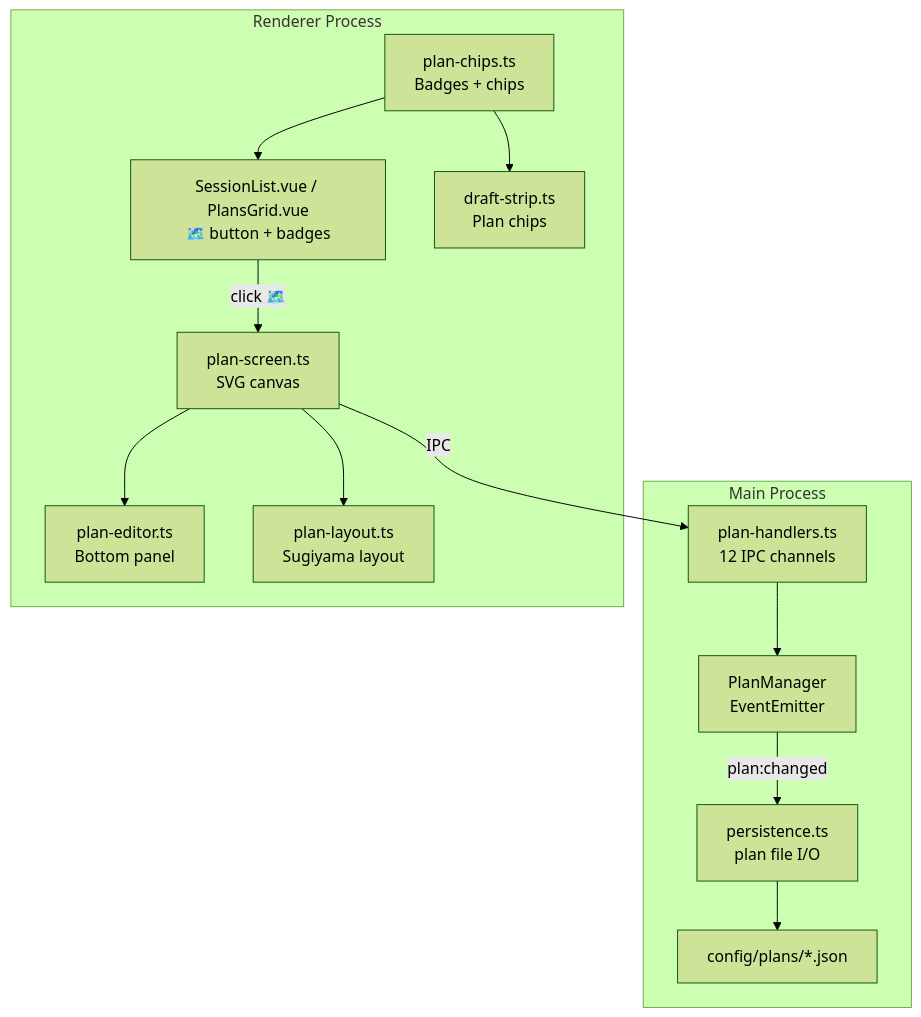
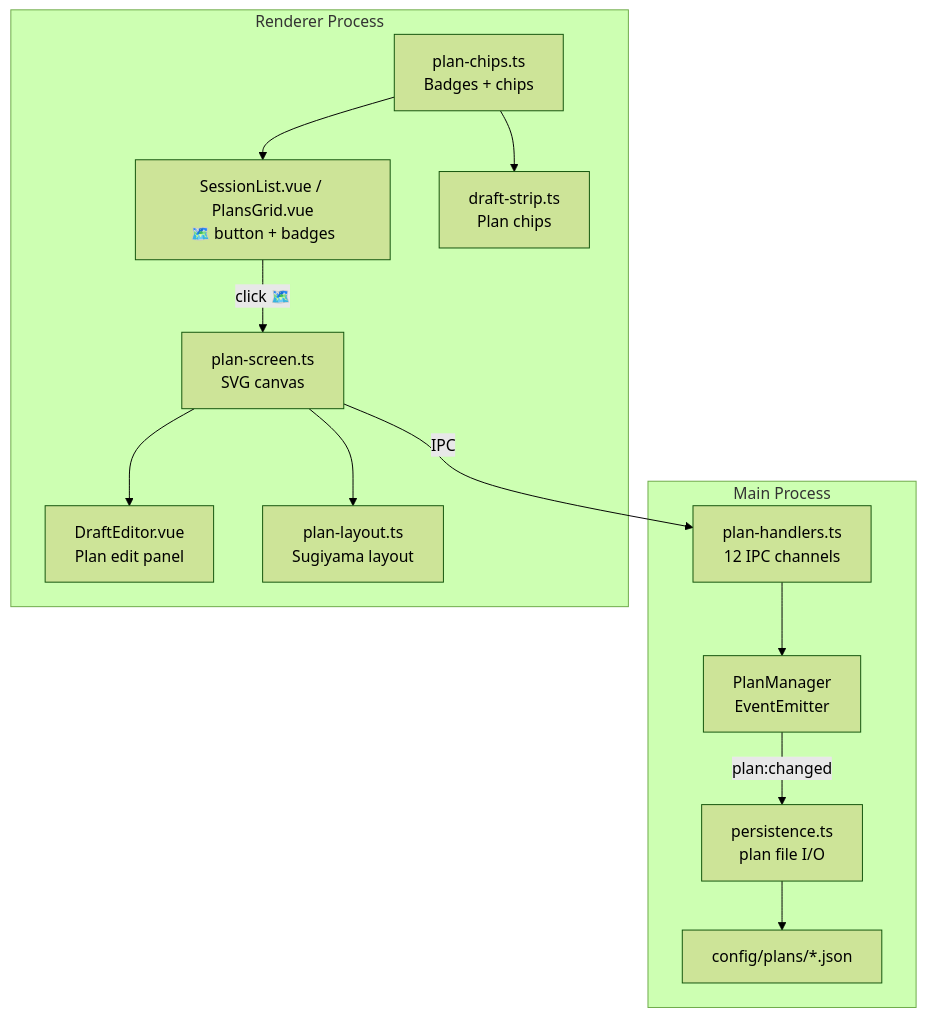
Before and after one commit to PetePeter/gamepad-cli-hub: the second of 3 diagrams in docs/directory-plans.md, drawn with Mermaid (forest theme). The commit also changed other lines of this file and 9 other files, not shown here.

````diff
--- a/docs/directory-plans.md
+++ b/docs/directory-plans.md
@@ -40,28 +40,28 @@
 ```mermaid
 graph TB
     subgraph "Main Process"
         PM[PlanManager<br/>EventEmitter]
         PH[plan-handlers.ts<br/>12 IPC channels]
         SP[persistence.ts<br/>plan file I/O]
         PY[config/plans/*.json]
     end
 
     subgraph "Renderer Process"
         PS[plan-screen.ts<br/>SVG canvas]
-        PE[plan-editor.ts<br/>Bottom panel]
+        PE[DraftEditor.vue<br/>Plan edit panel]
         PL[plan-layout.ts<br/>Sugiyama layout]
         PC[plan-chips.ts<br/>Badges + chips]
         SR[SessionList.vue / PlansGrid.vue<br/>🗺️ button + badges]
         DS[draft-strip.ts<br/>Plan chips]
     end
 
     SR -->|"click 🗺️"| PS
     PS -->|"IPC"| PH
     PH --> PM
     PM -->|"plan:changed"| SP
     SP --> PY
     PS --> PL
     PS --> PE
     PC --> DS
     PC --> SR
 ```
````
